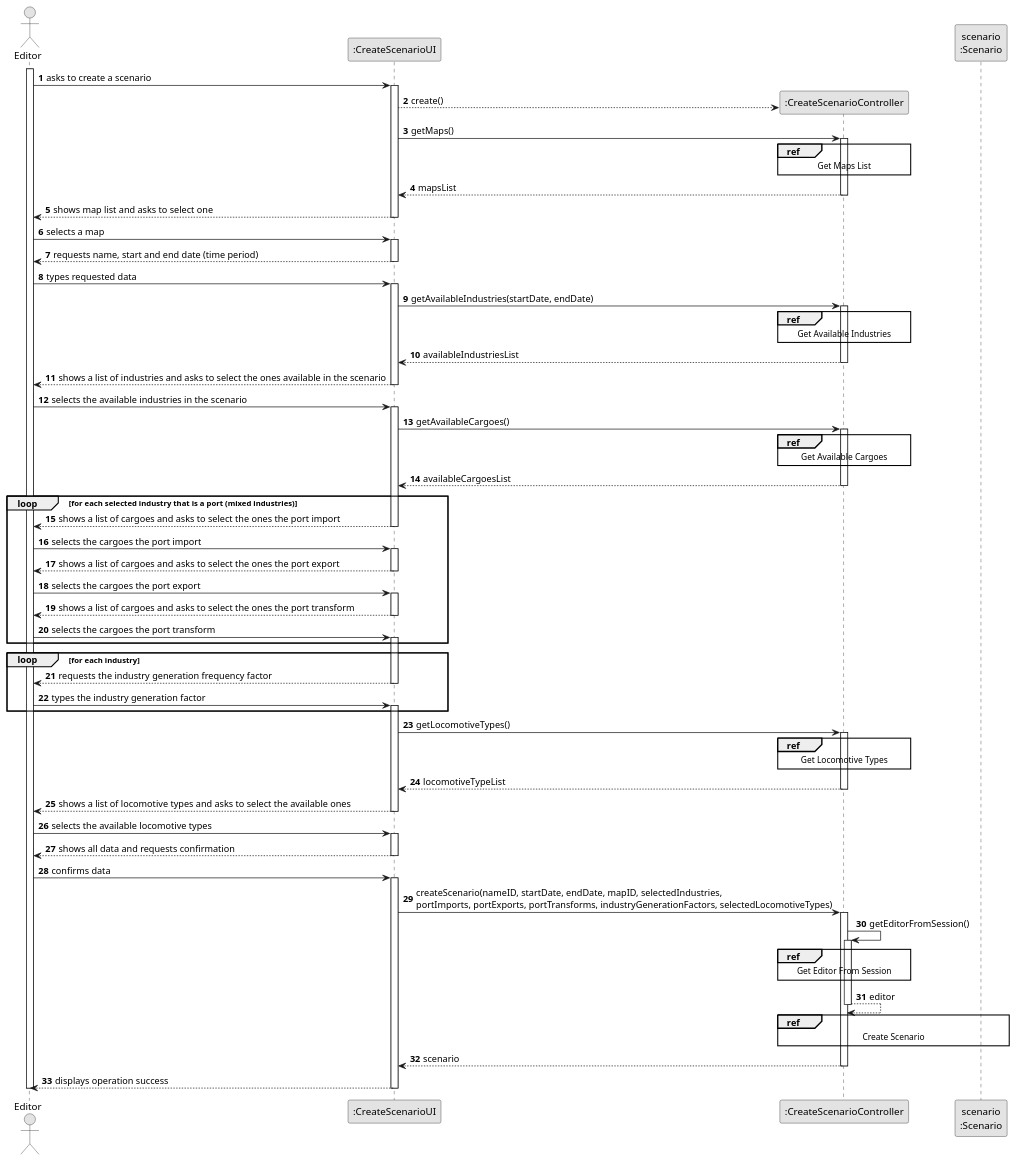
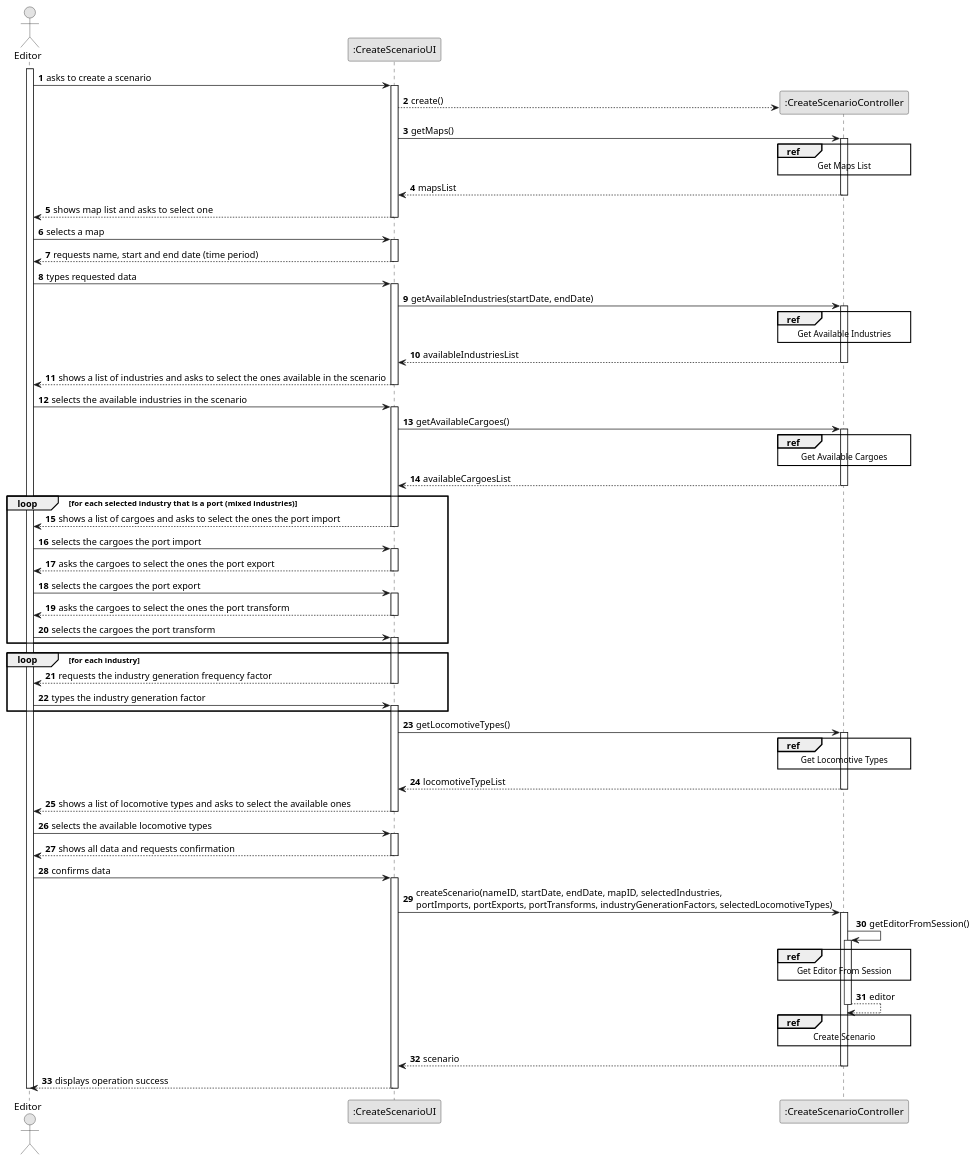
Before and after one commit to HenriqueSilva18/Railway-Network-Simulator: the diagram in docs/system-documentation/Sprint 2/US04/03.design/puml/US04-SD-split.puml, drawn with PlantUML. The commit also changed 1 other file, not shown here.

```diff
--- a/docs/system-documentation/Sprint 2/US04/03.design/puml/US04-SD-split.puml
+++ b/docs/system-documentation/Sprint 2/US04/03.design/puml/US04-SD-split.puml
@@ -1,130 +1,129 @@
 @startuml
 skinparam monochrome true
 skinparam packageStyle rectangle
 skinparam shadowing false
 
 autonumber
 
 'hide footbox
 actor "Editor" as EDITOR
 participant ":CreateScenarioUI" as UI
 participant ":CreateScenarioController" as CTRL
-participant "scenario\n:Scenario" as SCENARIO
 
 activate EDITOR
 
     EDITOR -> UI : asks to create a scenario
     activate UI
         UI --> CTRL** : create()
 
         UI -> CTRL : getMaps()
         ref over CTRL
             Get Maps List
         end ref
 
         activate CTRL
             CTRL --> UI : mapsList
         deactivate CTRL
 
         UI --> EDITOR : shows map list and asks to select one
     deactivate UI
 
     EDITOR -> UI : selects a map
     activate UI
         UI --> EDITOR : requests name, start and end date (time period)
     deactivate UI
 
     EDITOR -> UI : types requested data
     activate UI
         UI -> CTRL : getAvailableIndustries(startDate, endDate)
         ref over CTRL
             Get Available Industries
         end ref
 
         activate CTRL
             CTRL --> UI : availableIndustriesList
         deactivate CTRL
 
         UI --> EDITOR : shows a list of industries and asks to select the ones available in the scenario
     deactivate UI
 
     EDITOR -> UI : selects the available industries in the scenario
     activate UI
         UI -> CTRL : getAvailableCargoes()
         ref over CTRL
             Get Available Cargoes
         end ref
 
         activate CTRL
             CTRL --> UI : availableCargoesList
         deactivate CTRL
 
         loop for each selected industry that is a port (mixed industries)
             UI --> EDITOR : shows a list of cargoes and asks to select the ones the port import
             deactivate UI
 
             EDITOR -> UI : selects the cargoes the port import
             activate UI
-                UI --> EDITOR : shows a list of cargoes and asks to select the ones the port export
+                UI --> EDITOR : asks the cargoes to select the ones the port export
             deactivate UI
 
             EDITOR -> UI : selects the cargoes the port export
             activate UI
-                UI --> EDITOR : shows a list of cargoes and asks to select the ones the port transform
+                UI --> EDITOR : asks the cargoes to select the ones the port transform
             deactivate UI
 
             EDITOR -> UI : selects the cargoes the port transform
             activate UI
         end
 
         loop for each industry
             UI --> EDITOR : requests the industry generation frequency factor
             deactivate UI
 
             EDITOR -> UI : types the industry generation factor
             activate UI
         end
 
         UI -> CTRL : getLocomotiveTypes()
         ref over CTRL
             Get Locomotive Types
         end ref
 
         activate CTRL
             CTRL --> UI : locomotiveTypeList
         deactivate CTRL
 
         UI --> EDITOR : shows a list of locomotive types and asks to select the available ones
     deactivate UI
 
     EDITOR -> UI : selects the available locomotive types
     activate UI
         UI --> EDITOR : shows all data and requests confirmation
     deactivate UI
 
     EDITOR -> UI : confirms data
     activate UI
         UI -> CTRL : createScenario(nameID, startDate, endDate, mapID, selectedIndustries, \nportImports, portExports, portTransforms, industryGenerationFactors, selectedLocomotiveTypes)
         activate CTRL
             CTRL -> CTRL : getEditorFromSession()
             ref over CTRL
                 Get Editor From Session
             end ref
 
             activate CTRL
                 CTRL --> CTRL : editor
             deactivate CTRL
 
-            ref over CTRL, SCENARIO
+            ref over CTRL
                 Create Scenario
             end ref
 
             CTRL --> UI : scenario
         deactivate CTRL
 
         UI --> EDITOR : displays operation success
     deactivate UI
 
 deactivate EDITOR
 
 @enduml 
```
